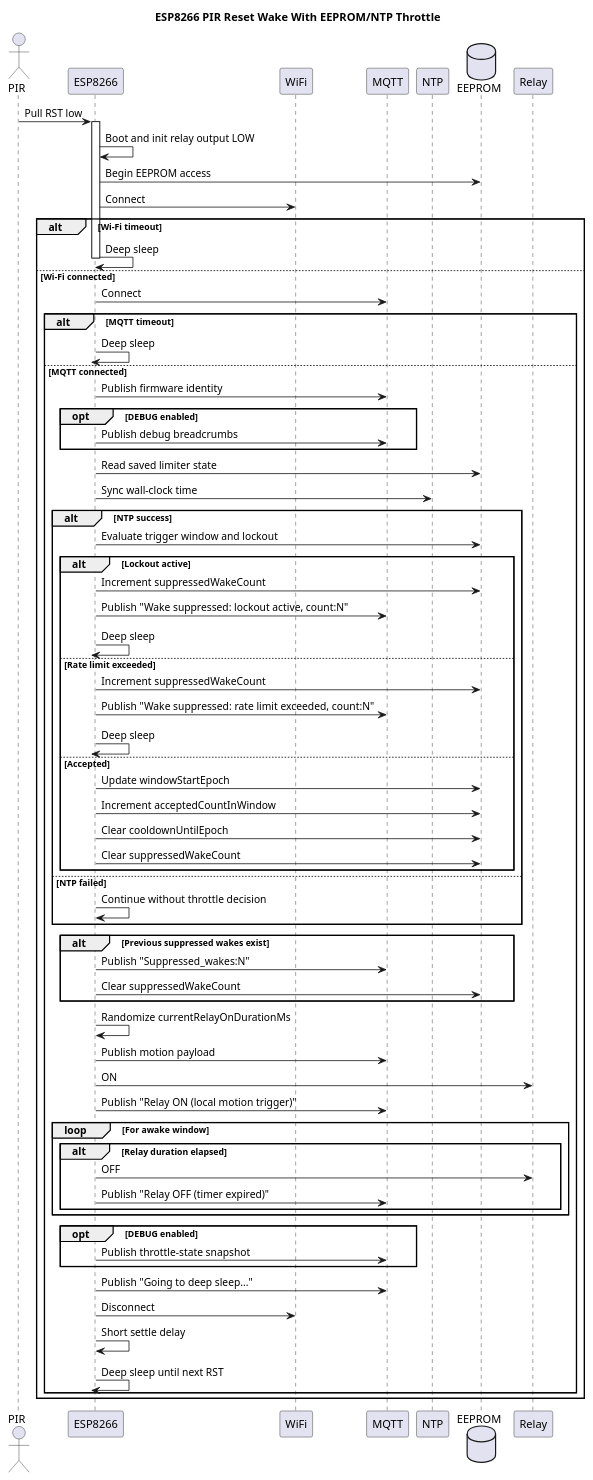
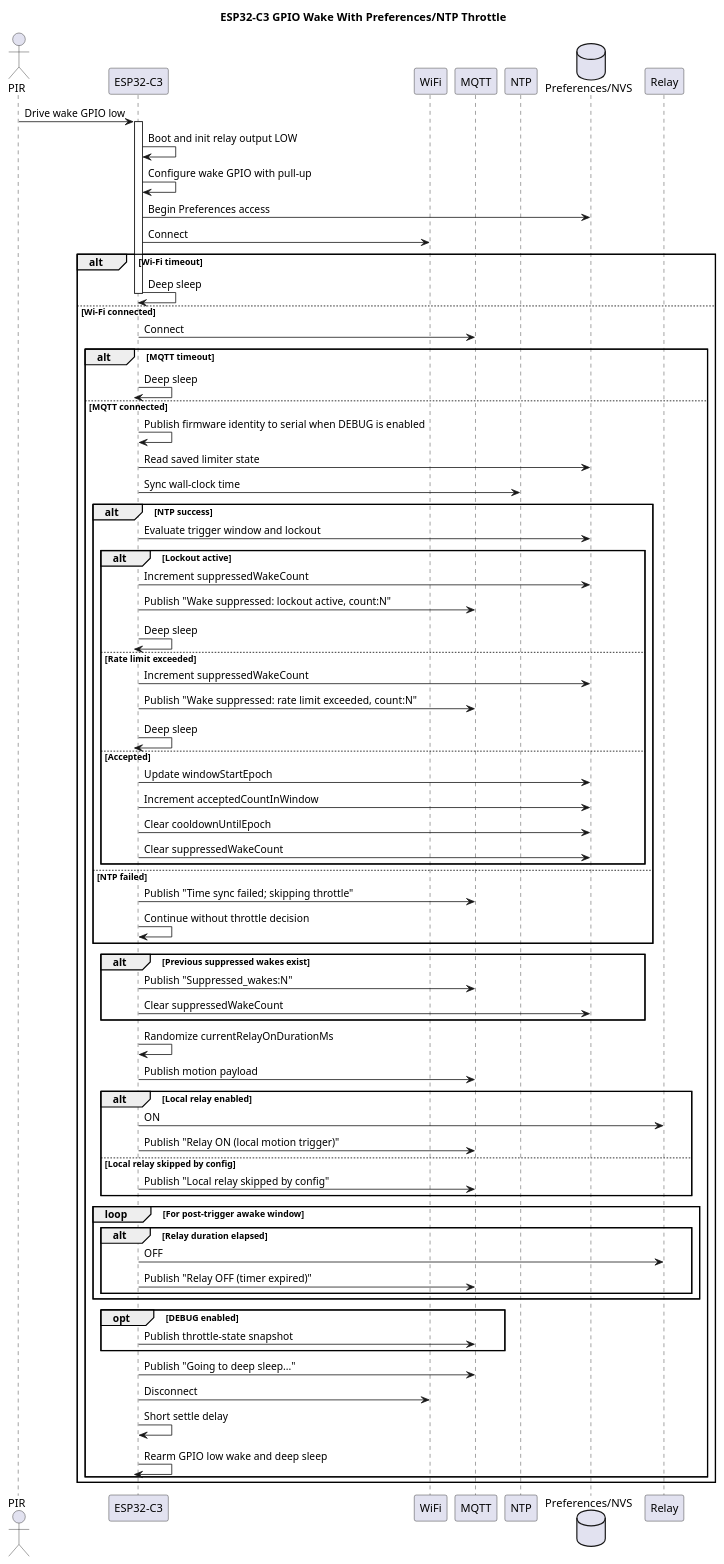
Before and after one commit to harraz/elghafeer: the diagram in docs/firmware-flow.puml, drawn with PlantUML. The commit also changed 4 other files, not shown here.

Commit message:
Clean up config surface and document current ESP32-C3 behavior

```diff
--- a/docs/firmware-flow.puml
+++ b/docs/firmware-flow.puml
@@ -1,88 +1,90 @@
 @startuml
-title ESP8266 PIR Reset Wake With EEPROM/NTP Throttle
+title ESP32-C3 GPIO Wake With Preferences/NTP Throttle
 
 actor PIR
-participant "ESP8266" as ESP
+participant "ESP32-C3" as ESP
 participant "WiFi" as WIFI
 participant "MQTT" as MQTT
 participant "NTP" as NTP
-database "EEPROM" as EEPROM
+database "Preferences/NVS" as NVS
 participant "Relay" as RELAY
 
-PIR -> ESP : Pull RST low
+PIR -> ESP : Drive wake GPIO low
 activate ESP
 
 ESP -> ESP : Boot and init relay output LOW
-ESP -> EEPROM : Begin EEPROM access
+ESP -> ESP : Configure wake GPIO with pull-up
+ESP -> NVS : Begin Preferences access
 
 ESP -> WIFI : Connect
 alt Wi-Fi timeout
   ESP -> ESP : Deep sleep
   deactivate ESP
 else Wi-Fi connected
   ESP -> MQTT : Connect
   alt MQTT timeout
     ESP -> ESP : Deep sleep
     deactivate ESP
   else MQTT connected
-    ESP -> MQTT : Publish firmware identity
+    ESP -> ESP : Publish firmware identity to serial when DEBUG is enabled
 
-    opt DEBUG enabled
-      ESP -> MQTT : Publish debug breadcrumbs
-    end
-
-    ESP -> EEPROM : Read saved limiter state
+    ESP -> NVS : Read saved limiter state
     ESP -> NTP : Sync wall-clock time
 
     alt NTP success
-      ESP -> EEPROM : Evaluate trigger window and lockout
+      ESP -> NVS : Evaluate trigger window and lockout
 
       alt Lockout active
-        ESP -> EEPROM : Increment suppressedWakeCount
+        ESP -> NVS : Increment suppressedWakeCount
         ESP -> MQTT : Publish "Wake suppressed: lockout active, count:N"
         ESP -> ESP : Deep sleep
         deactivate ESP
       else Rate limit exceeded
-        ESP -> EEPROM : Increment suppressedWakeCount
+        ESP -> NVS : Increment suppressedWakeCount
         ESP -> MQTT : Publish "Wake suppressed: rate limit exceeded, count:N"
         ESP -> ESP : Deep sleep
         deactivate ESP
       else Accepted
-        ESP -> EEPROM : Update windowStartEpoch
-        ESP -> EEPROM : Increment acceptedCountInWindow
-        ESP -> EEPROM : Clear cooldownUntilEpoch
-        ESP -> EEPROM : Clear suppressedWakeCount
+        ESP -> NVS : Update windowStartEpoch
+        ESP -> NVS : Increment acceptedCountInWindow
+        ESP -> NVS : Clear cooldownUntilEpoch
+        ESP -> NVS : Clear suppressedWakeCount
       end
     else NTP failed
+      ESP -> MQTT : Publish "Time sync failed; skipping throttle"
       ESP -> ESP : Continue without throttle decision
     end
 
     alt Previous suppressed wakes exist
       ESP -> MQTT : Publish "Suppressed_wakes:N"
-      ESP -> EEPROM : Clear suppressedWakeCount
+      ESP -> NVS : Clear suppressedWakeCount
     end
 
     ESP -> ESP : Randomize currentRelayOnDurationMs
     ESP -> MQTT : Publish motion payload
-    ESP -> RELAY : ON
-    ESP -> MQTT : Publish "Relay ON (local motion trigger)"
+    alt Local relay enabled
+      ESP -> RELAY : ON
+      ESP -> MQTT : Publish "Relay ON (local motion trigger)"
+    else Local relay skipped by config
+      ESP -> MQTT : Publish "Local relay skipped by config"
+    end
 
-    loop For awake window
+    loop For post-trigger awake window
       alt Relay duration elapsed
         ESP -> RELAY : OFF
         ESP -> MQTT : Publish "Relay OFF (timer expired)"
       end
     end
 
     opt DEBUG enabled
       ESP -> MQTT : Publish throttle-state snapshot
     end
 
     ESP -> MQTT : Publish "Going to deep sleep..."
     ESP -> WIFI : Disconnect
     ESP -> ESP : Short settle delay
-    ESP -> ESP : Deep sleep until next RST
+    ESP -> ESP : Rearm GPIO low wake and deep sleep
     deactivate ESP
   end
 end
 @enduml
```
